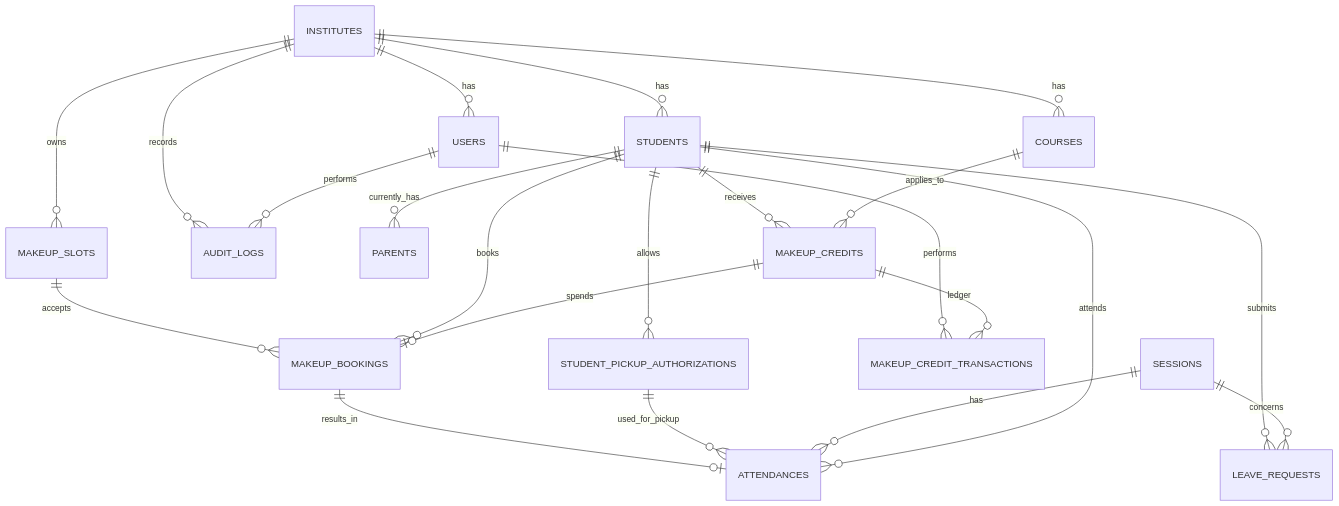
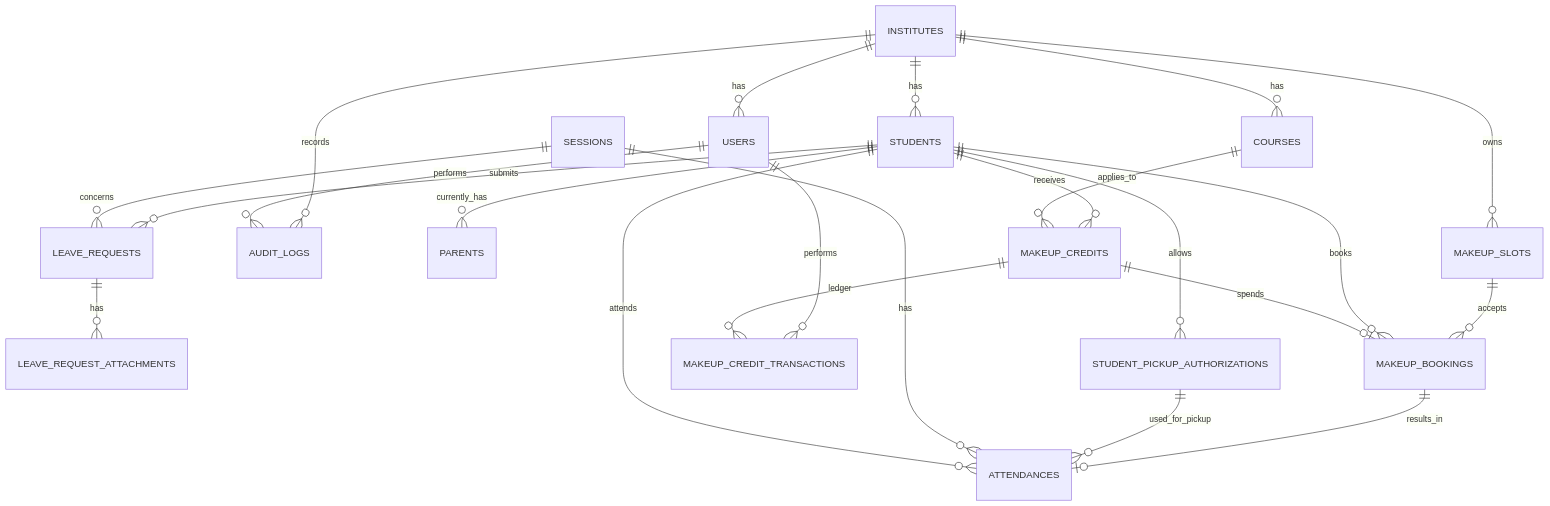
One commit to anatchai27/Acadamy-Frontend changed the diagram in Objective/erProjec.md. Above: the diagram before and after it, drawn with Mermaid. The commit also changed 19 other files, not shown here.

````diff
--- a/Objective/erProjec.md
+++ b/Objective/erProjec.md
@@ -75,28 +75,29 @@
 ```mermaid
 erDiagram
     INSTITUTES ||--o{ USERS : has
     INSTITUTES ||--o{ STUDENTS : has
     INSTITUTES ||--o{ COURSES : has
     INSTITUTES ||--o{ MAKEUP_SLOTS : owns
     INSTITUTES ||--o{ AUDIT_LOGS : records
 
     STUDENTS ||--o{ PARENTS : currently_has
     STUDENTS ||--o{ LEAVE_REQUESTS : submits
     SESSIONS ||--o{ LEAVE_REQUESTS : concerns
+    LEAVE_REQUESTS ||--o{ LEAVE_REQUEST_ATTACHMENTS : has
     STUDENTS ||--o{ MAKEUP_CREDITS : receives
     COURSES ||--o{ MAKEUP_CREDITS : applies_to
 
     MAKEUP_SLOTS ||--o{ MAKEUP_BOOKINGS : accepts
     STUDENTS ||--o{ MAKEUP_BOOKINGS : books
     MAKEUP_CREDITS ||--o| MAKEUP_BOOKINGS : spends
     MAKEUP_BOOKINGS ||--o| ATTENDANCES : results_in
 
     USERS ||--o{ AUDIT_LOGS : performs
     USERS ||--o{ MAKEUP_CREDIT_TRANSACTIONS : performs
     MAKEUP_CREDITS ||--o{ MAKEUP_CREDIT_TRANSACTIONS : ledger
 
     STUDENTS ||--o{ STUDENT_PICKUP_AUTHORIZATIONS : allows
     STUDENT_PICKUP_AUTHORIZATIONS ||--o{ ATTENDANCES : used_for_pickup
     SESSIONS ||--o{ ATTENDANCES : has
     STUDENTS ||--o{ ATTENDANCES : attends
 ```
````
